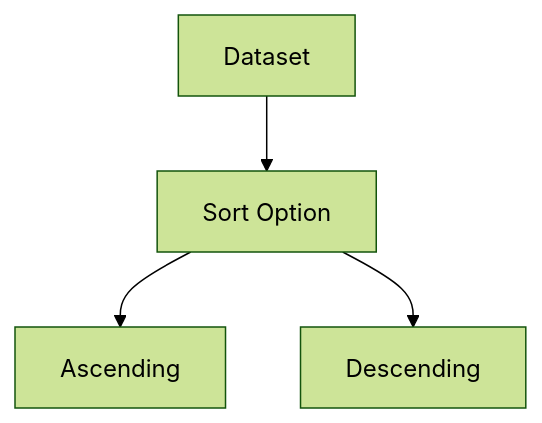
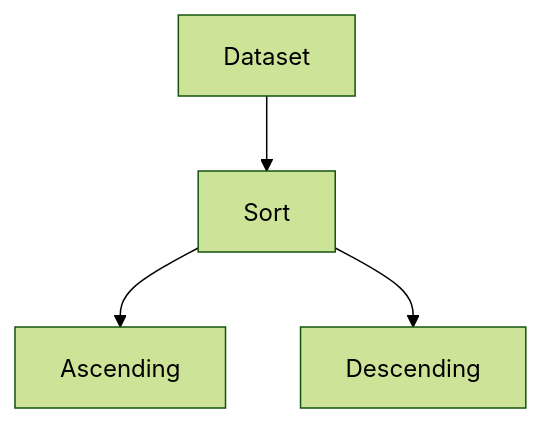
One commit to learnwithrk/Financial-Modelling changed the third of 4 diagrams in 02-ch.Rmd. Above: the diagram before and after it, drawn with Mermaid (forest theme). The commit also changed other lines of this file and 5 other files, not shown here.

````diff
--- a/02-ch.Rmd
+++ b/02-ch.Rmd
@@ -115,6 +118,6 @@
 ```mermaid
 flowchart TD
-A[Dataset] --> B[Sort Option]
+A[Dataset] --> B[Sort]
 B --> C[Ascending]
 B --> D[Descending]
 ```
````
